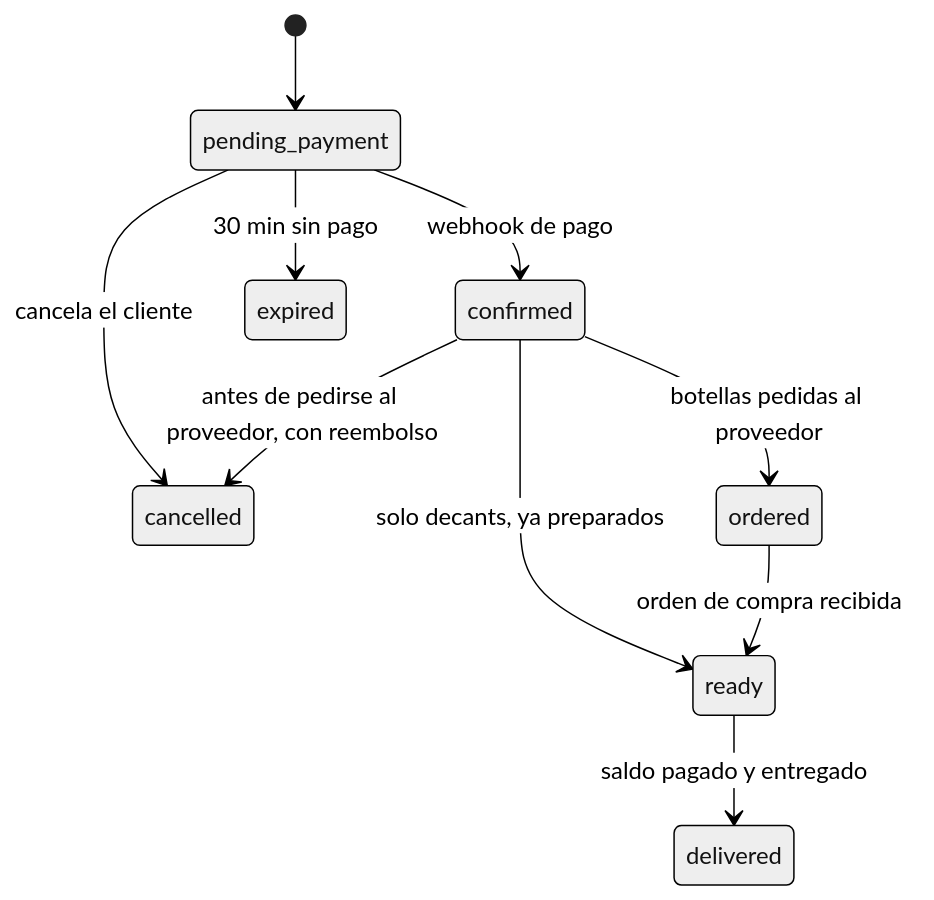
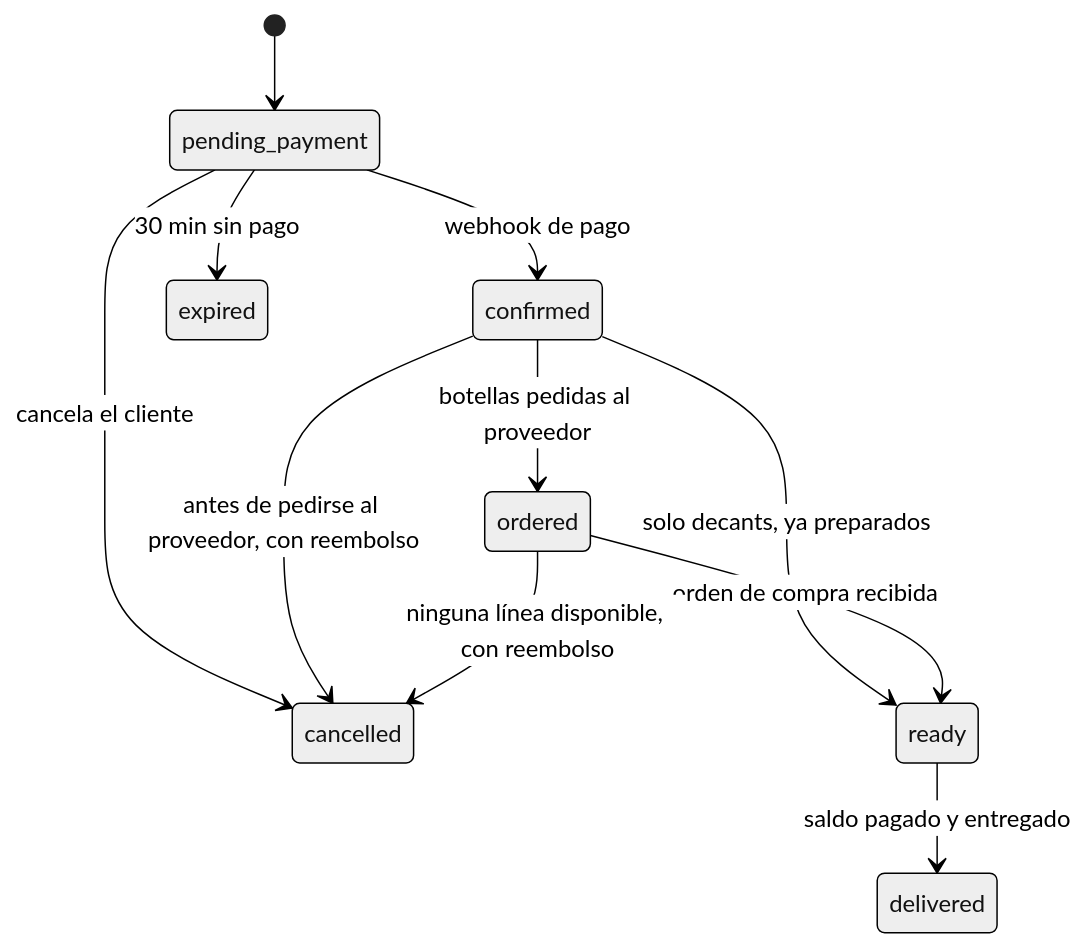
The second of 2 diagrams in docs/especificacion.md (JAguilar4k/ArchivumParfums-Hexagonal), drawn with Mermaid (neutral theme) before and after one commit. The commit also changed other lines of this file and 8 other files, not shown here.

````diff
--- a/docs/especificacion.md
+++ b/docs/especificacion.md
@@ -202,12 +208,13 @@
 ```mermaid
 stateDiagram-v2
     [*] --> pending_payment
     pending_payment --> confirmed: webhook de pago
     pending_payment --> expired: 30 min sin pago
     pending_payment --> cancelled: cancela el cliente
     confirmed --> ordered: botellas pedidas al proveedor
     confirmed --> ready: solo decants, ya preparados
     confirmed --> cancelled: antes de pedirse al proveedor, con reembolso
     ordered --> ready: orden de compra recibida
+    ordered --> cancelled: ninguna línea disponible, con reembolso
     ready --> delivered: saldo pagado y entregado
 ```
````
